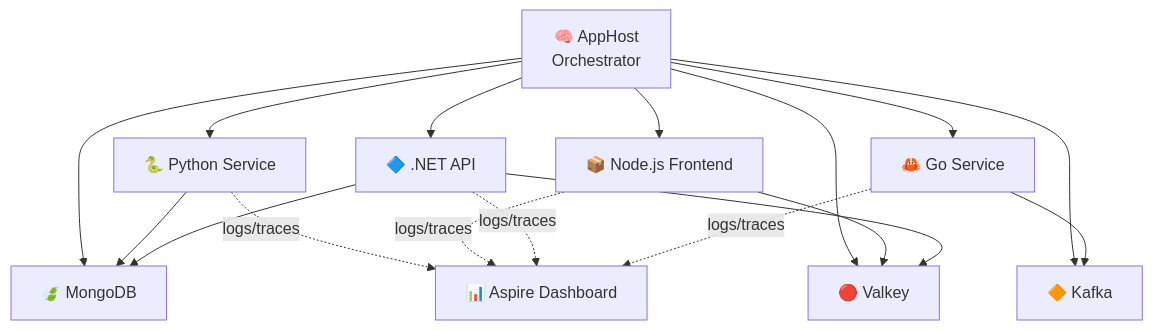
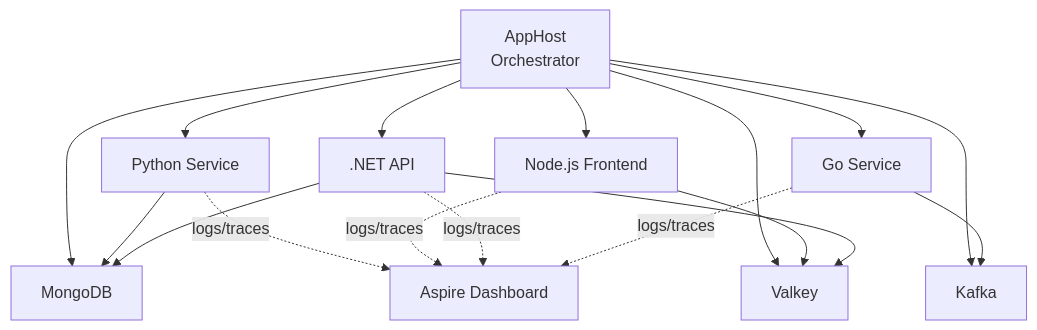
One commit to codebytes/aspire-polyglot changed the first of 2 diagrams in slides/Slides.md. Above: the diagram before and after it, drawn with Mermaid. The commit also changed other lines of this file and 5 other files, not shown here.

```diff
--- a/slides/Slides.md
+++ b/slides/Slides.md
@@ -362,25 +356,25 @@
 <div class="mermaid">
 graph TD
-    AppHost[🧠 AppHost<br/>Orchestrator]
-    Dashboard[📊 Aspire Dashboard]
+    AppHost[AppHost<br/>Orchestrator]
+    Dashboard[Aspire Dashboard]
     
-    AppHost --> PythonApp[🐍 Python Service]
-    AppHost --> NodeApp[📦 Node.js Frontend]
-    AppHost --> DotNetAPI[🔷 .NET API]
-    AppHost --> GoService[🦀 Go Service]
+    AppHost --> PythonApp[Python Service]
+    AppHost --> NodeApp[Node.js Frontend]
+    AppHost --> DotNetAPI[.NET API]
+    AppHost --> GoService[Go Service]
     
-    AppHost --> Valkey[🔴 Valkey]
-    AppHost --> MongoDB[🍃 MongoDB]
-    AppHost --> Kafka[🔶 Kafka]
+    AppHost --> Valkey[Valkey]
+    AppHost --> MongoDB[MongoDB]
+    AppHost --> Kafka[Kafka]
     
     PythonApp --> MongoDB
     NodeApp --> Valkey
     DotNetAPI --> Valkey
     DotNetAPI --> MongoDB
     GoService --> Kafka
     
     PythonApp -.logs/traces.-> Dashboard
     NodeApp -.logs/traces.-> Dashboard
     DotNetAPI -.logs/traces.-> Dashboard
     GoService -.logs/traces.-> Dashboard
 </div>
```
